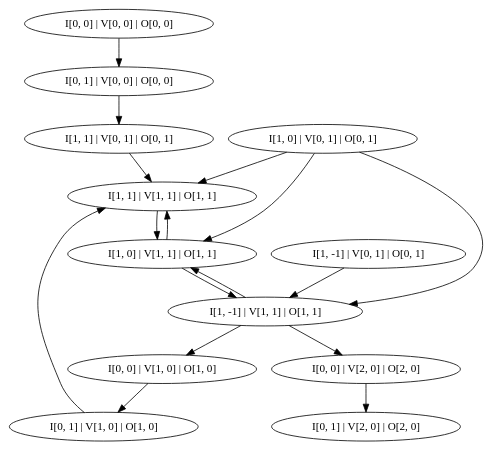
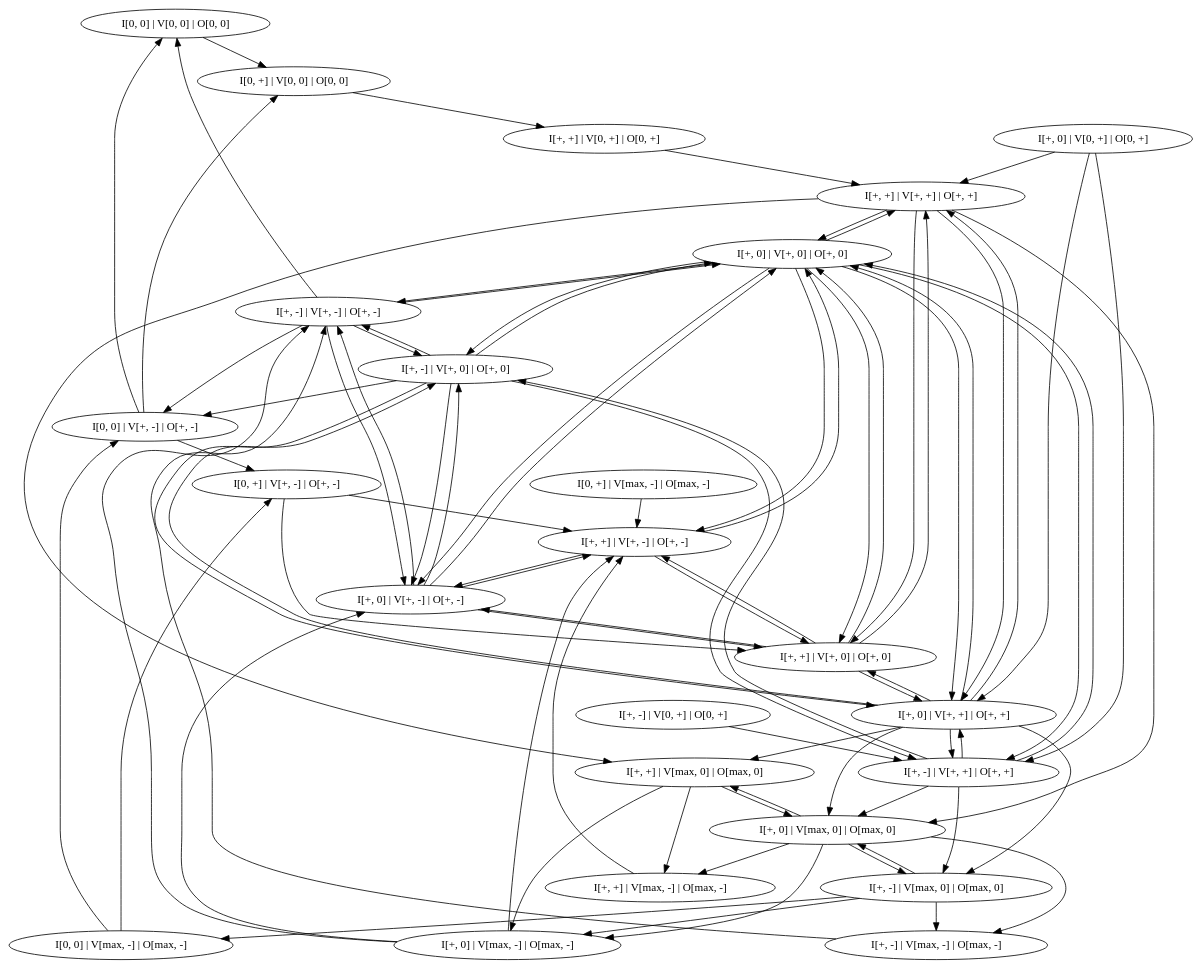
One commit to pmusce/qrsink changed the diagram in test-output/state-graph.gv. Above: the diagram before and after it, drawn with Graphviz. The commit also changed 3 other files, not shown here.

```diff
--- a/test-output/state-graph.gv
+++ b/test-output/state-graph.gv
@@ -1,31 +1,109 @@
 // Transition Graph
 digraph {
 	0 [label="I[0, 0] | V[0, 0] | O[0, 0]"]
-	1 [label="I[0, 1] | V[0, 0] | O[0, 0]"]
-	2 [label="I[0, 0] | V[1, 0] | O[1, 0]"]
-	3 [label="I[0, 1] | V[1, 0] | O[1, 0]"]
-	4 [label="I[0, 0] | V[2, 0] | O[2, 0]"]
-	5 [label="I[0, 1] | V[2, 0] | O[2, 0]"]
-	6 [label="I[1, -1] | V[0, 1] | O[0, 1]"]
-	7 [label="I[1, 0] | V[0, 1] | O[0, 1]"]
-	8 [label="I[1, 1] | V[0, 1] | O[0, 1]"]
-	9 [label="I[1, -1] | V[1, 1] | O[1, 1]"]
-	10 [label="I[1, 0] | V[1, 1] | O[1, 1]"]
-	11 [label="I[1, 1] | V[1, 1] | O[1, 1]"]
+	1 [label="I[0, +] | V[0, 0] | O[0, 0]"]
+	2 [label="I[0, 0] | V[+, -] | O[+, -]"]
+	3 [label="I[0, +] | V[+, -] | O[+, -]"]
+	4 [label="I[0, 0] | V[max, -] | O[max, -]"]
+	5 [label="I[0, +] | V[max, -] | O[max, -]"]
+	6 [label="I[+, -] | V[0, +] | O[0, +]"]
+	7 [label="I[+, 0] | V[0, +] | O[0, +]"]
+	8 [label="I[+, +] | V[0, +] | O[0, +]"]
+	9 [label="I[+, -] | V[+, -] | O[+, -]"]
+	10 [label="I[+, 0] | V[+, -] | O[+, -]"]
+	11 [label="I[+, +] | V[+, -] | O[+, -]"]
+	12 [label="I[+, -] | V[+, 0] | O[+, 0]"]
+	13 [label="I[+, 0] | V[+, 0] | O[+, 0]"]
+	14 [label="I[+, +] | V[+, 0] | O[+, 0]"]
+	15 [label="I[+, -] | V[+, +] | O[+, +]"]
+	16 [label="I[+, 0] | V[+, +] | O[+, +]"]
+	17 [label="I[+, +] | V[+, +] | O[+, +]"]
+	18 [label="I[+, -] | V[max, -] | O[max, -]"]
+	19 [label="I[+, 0] | V[max, -] | O[max, -]"]
+	20 [label="I[+, +] | V[max, -] | O[max, -]"]
+	21 [label="I[+, -] | V[max, 0] | O[max, 0]"]
+	22 [label="I[+, 0] | V[max, 0] | O[max, 0]"]
+	23 [label="I[+, +] | V[max, 0] | O[max, 0]"]
 		0 -> 1
 		1 -> 8
+		2 -> 0
+		2 -> 1
 		2 -> 3
 		3 -> 11
-		4 -> 5
-		6 -> 9
-		7 -> 9
-		7 -> 10
-		7 -> 11
-		8 -> 11
+		3 -> 14
+		4 -> 2
+		4 -> 3
+		5 -> 11
+		6 -> 15
+		7 -> 15
+		7 -> 16
+		7 -> 17
+		8 -> 17
+		9 -> 0
 		9 -> 2
-		9 -> 4
 		9 -> 10
+		9 -> 12
+		9 -> 13
 		10 -> 9
 		10 -> 11
+		10 -> 12
+		10 -> 13
+		10 -> 14
 		11 -> 10
+		11 -> 13
+		11 -> 14
+		12 -> 2
+		12 -> 9
+		12 -> 10
+		12 -> 13
+		12 -> 15
+		12 -> 16
+		13 -> 9
+		13 -> 10
+		13 -> 11
+		13 -> 12
+		13 -> 14
+		13 -> 15
+		13 -> 16
+		13 -> 17
+		14 -> 10
+		14 -> 11
+		14 -> 13
+		14 -> 16
+		14 -> 17
+		15 -> 12
+		15 -> 13
+		15 -> 16
+		15 -> 21
+		15 -> 22
+		16 -> 12
+		16 -> 13
+		16 -> 14
+		16 -> 15
+		16 -> 17
+		16 -> 21
+		16 -> 22
+		16 -> 23
+		17 -> 13
+		17 -> 14
+		17 -> 16
+		17 -> 22
+		17 -> 23
+		18 -> 9
+		19 -> 9
+		19 -> 10
+		19 -> 11
+		20 -> 11
+		21 -> 4
+		21 -> 18
+		21 -> 19
+		21 -> 22
+		22 -> 18
+		22 -> 19
+		22 -> 20
+		22 -> 21
+		22 -> 23
+		23 -> 19
+		23 -> 20
+		23 -> 22
 }
```
